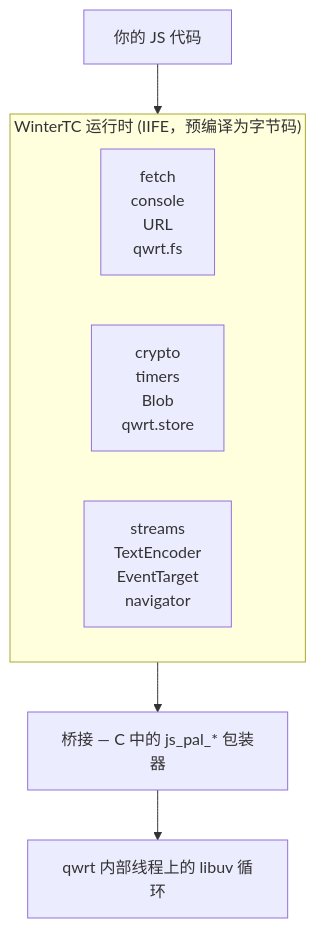
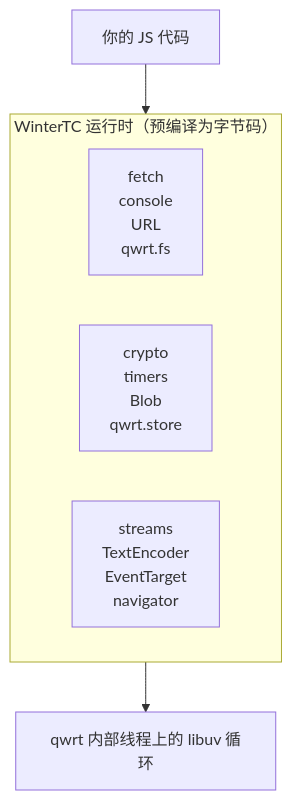
One commit to adam-ikari/qwrt changed the diagram in docs/zh/js-api/index.md. Above: the diagram before and after it, drawn with Mermaid. The commit also changed 19 other files, not shown here.

````diff
--- a/docs/zh/js-api/index.md
+++ b/docs/zh/js-api/index.md
@@ -12,12 +12,11 @@
 ```mermaid
 flowchart TB
     A["你的 JS 代码"] --> B
-    subgraph B["WinterTC 运行时 (IIFE，预编译为字节码)"]
+    subgraph B["WinterTC 运行时（预编译为字节码）"]
         direction LR
         C["fetch<br/>console<br/>URL<br/>qwrt.fs"]
         D["crypto<br/>timers<br/>Blob<br/>qwrt.store"]
         E["streams<br/>TextEncoder<br/>EventTarget<br/>navigator"]
     end
-    B --> G["桥接 — C 中的 js_pal_* 包装器"]
-    G --> H["qwrt 内部线程上的 libuv 循环"]
+    B --> G["qwrt 内部线程上的 libuv 循环"]
 ```
````
